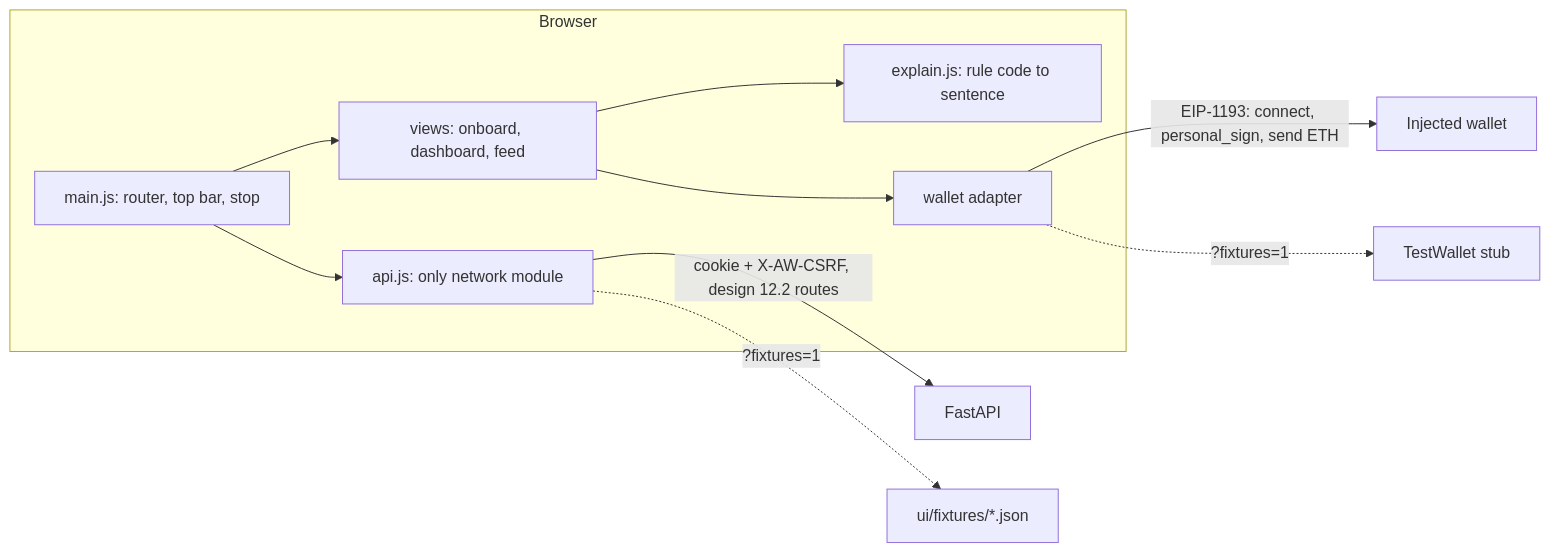
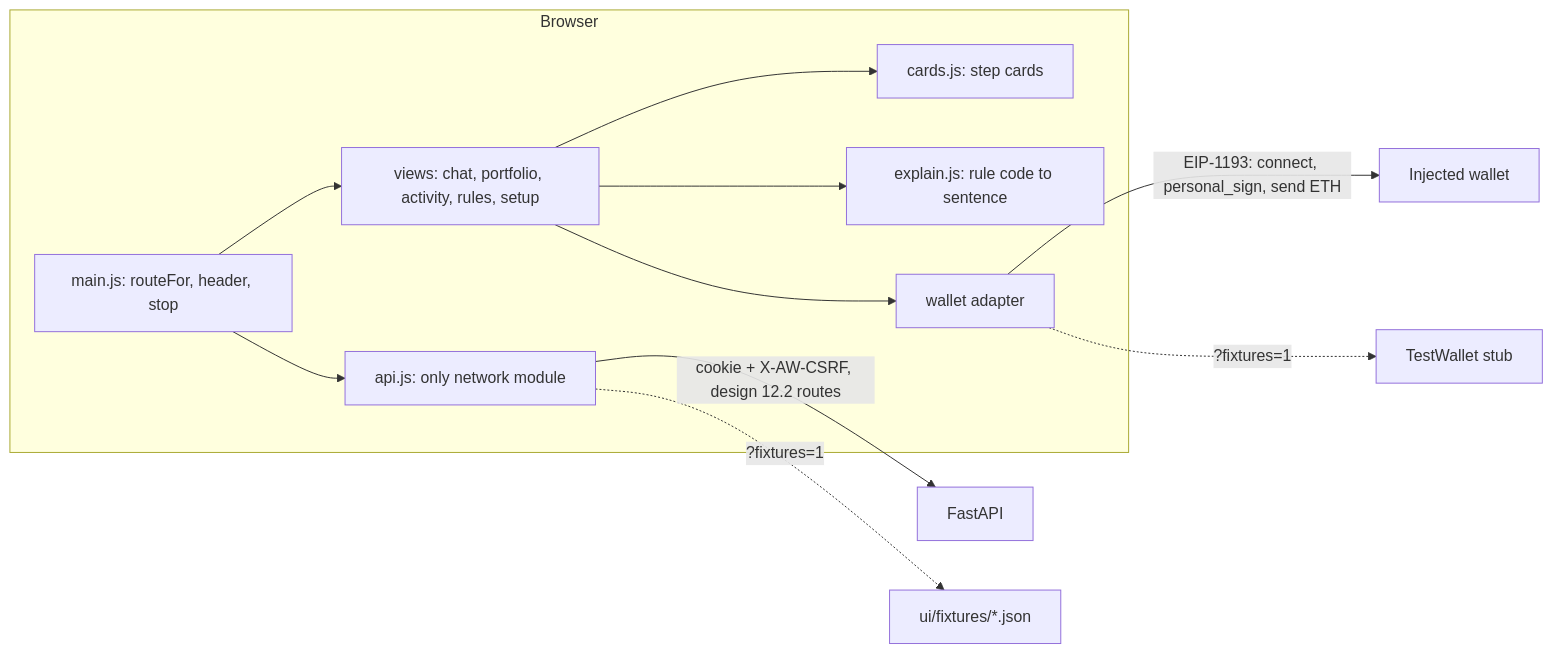
The first of 2 diagrams in docs/architecture/ui.md (thaicuong576/agent-wallet), drawn with Mermaid before and after one commit. The commit also changed other lines of this file and 34 other files, not shown here.

First line of the commit message:
feat(ui): rebuild the webapp UI to the approved contract (chat home, portfolio, setup, no banner) (#120)

````diff
--- a/docs/architecture/ui.md
+++ b/docs/architecture/ui.md
@@ -7,13 +7,14 @@
 ```mermaid
 flowchart LR
   subgraph Browser
-    M[main.js: router, top bar, stop] --> V[views: onboard, dashboard, feed]
+    M[main.js: routeFor, header, stop] --> V[views: chat, portfolio, activity, rules, setup]
+    V --> C[cards.js: step cards]
     V --> X[explain.js: rule code to sentence]
     M --> A[api.js: only network module]
     V --> W[wallet adapter]
   end
   W -->|EIP-1193: connect, personal_sign, send ETH| Wlt[Injected wallet]
   A -->|cookie + X-AW-CSRF, design 12.2 routes| S[FastAPI]
   A -.->|?fixtures=1| F[ui/fixtures/*.json]
   W -.->|?fixtures=1| T[TestWallet stub]
 ```
````
